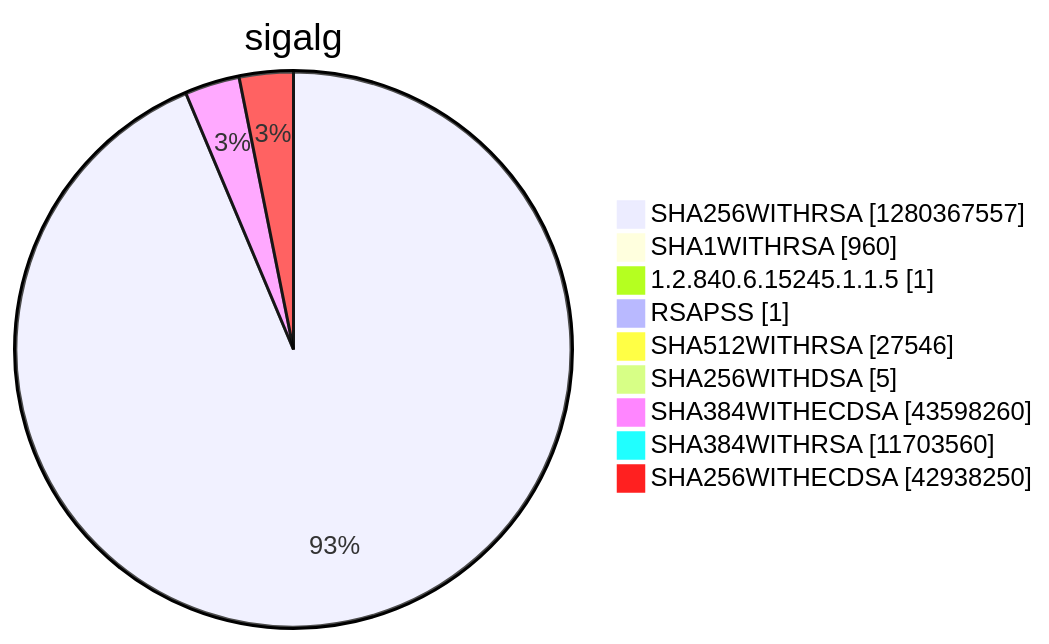
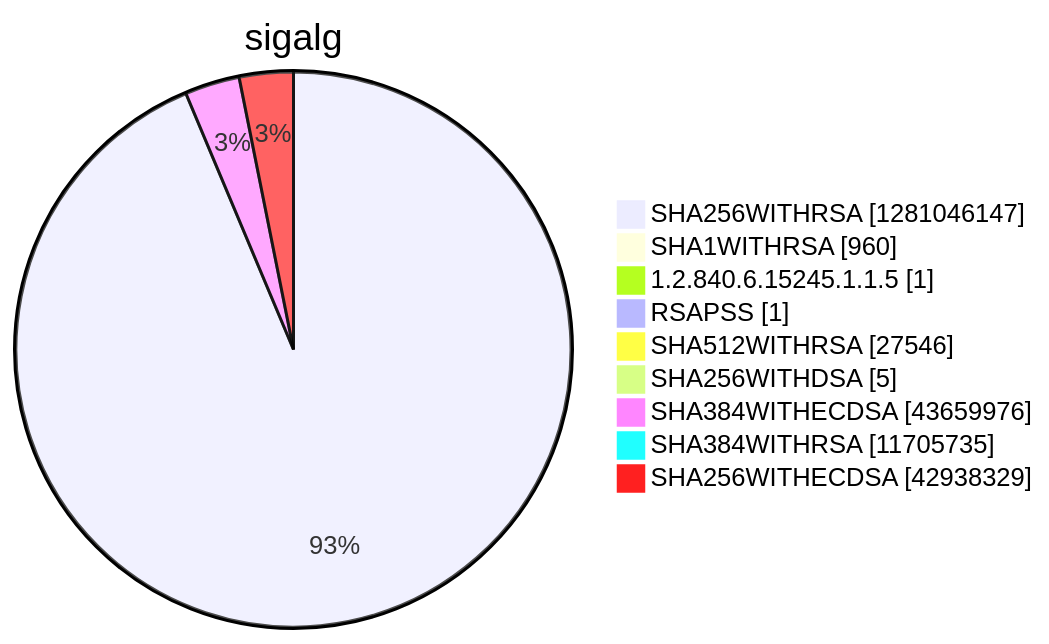
One commit to christiankrug/ctmonitor_visualization changed diagram 15 of 15 in argon2022/README.md. Above: the diagram before and after it, drawn with Mermaid. The commit also changed other lines of this file, not shown here.

````diff
--- a/argon2022/README.md
+++ b/argon2022/README.md
@@ -5523,13 +5523,13 @@
 ```mermaid
 pie showData
 title sigalg
-"SHA256WITHRSA" :1280367557
+"SHA256WITHRSA" :1281046147
 "SHA1WITHRSA" :960
 "1.2.840.6.15245.1.1.5" :1
 "RSAPSS" :1
 "SHA512WITHRSA" :27546
 "SHA256WITHDSA" :5
-"SHA384WITHECDSA" :43598260
-"SHA384WITHRSA" :11703560
-"SHA256WITHECDSA" :42938250
+"SHA384WITHECDSA" :43659976
+"SHA384WITHRSA" :11705735
+"SHA256WITHECDSA" :42938329
 ```
````
